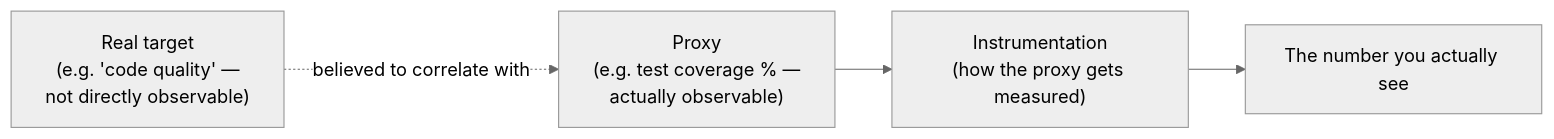
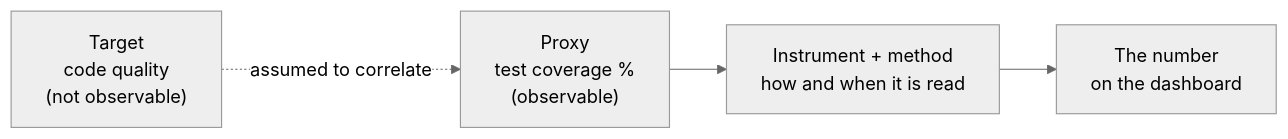
Before and after one commit to francoandreDev/knowledge: the first of 2 diagrams in src/content/applied-math/measurement-theory/L2-concept.mdx, drawn with Mermaid (neutral theme). The commit also changed other lines of this file and 3 other files, not shown here.

````diff
--- a/src/content/applied-math/measurement-theory/L2-concept.mdx
+++ b/src/content/applied-math/measurement-theory/L2-concept.mdx
@@ -22,6 +33,6 @@
 ```mermaid
 flowchart LR
-    Target["Real target\n(e.g. 'code quality' —\nnot directly observable)"] -.->|"believed to correlate with"| Proxy["Proxy\n(e.g. test coverage % —\nactually observable)"]
-    Proxy --> Instrument["Instrumentation\n(how the proxy gets measured)"]
-    Instrument --> Number["The number you actually see"]
+    Target["Target<br/>code quality<br/>(not observable)"] -.->|"assumed to correlate"| Proxy["Proxy<br/>test coverage %<br/>(observable)"]
+    Proxy --> Instrument["Instrument + method<br/>how and when it is read"]
+    Instrument --> Number["The number<br/>on the dashboard"]
 ```
````
